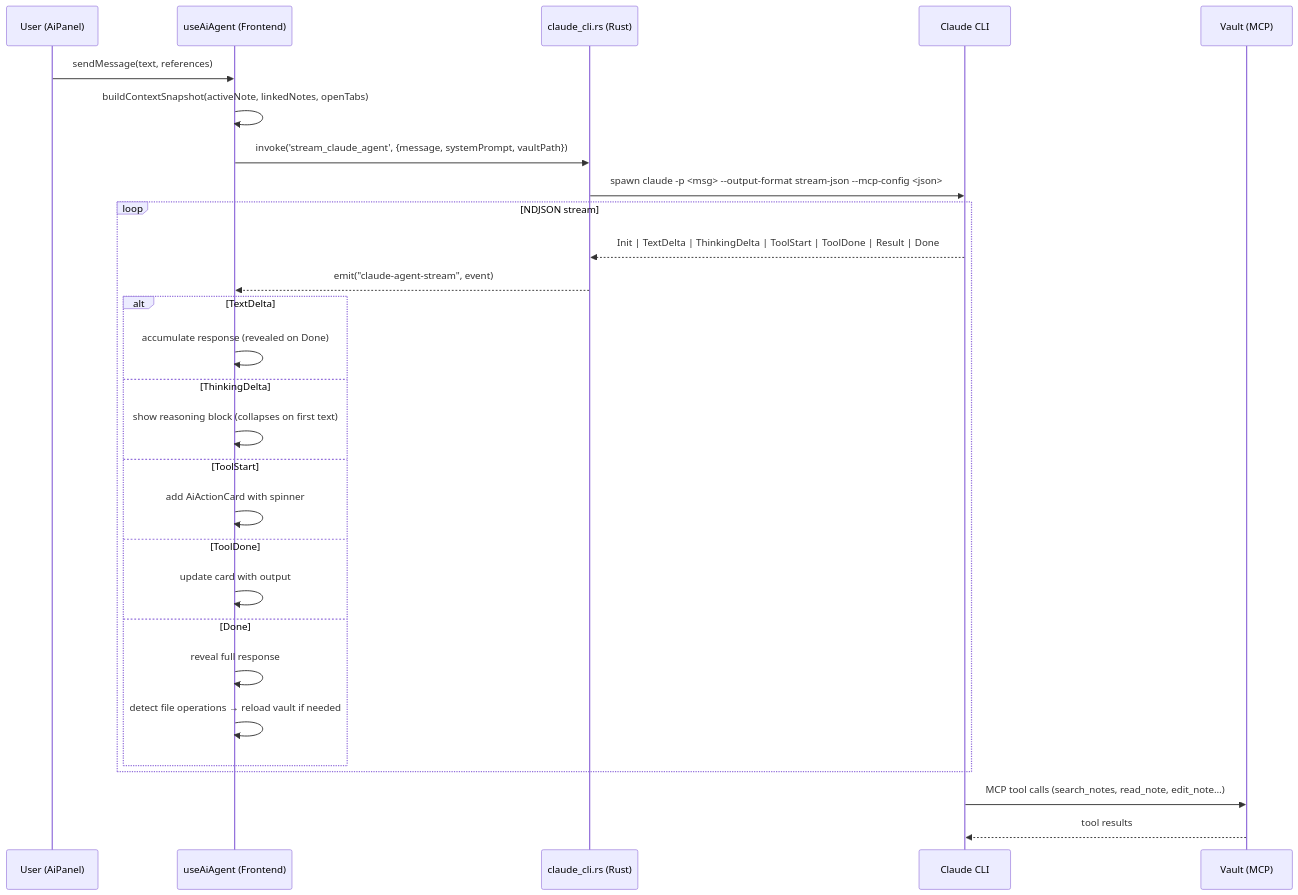
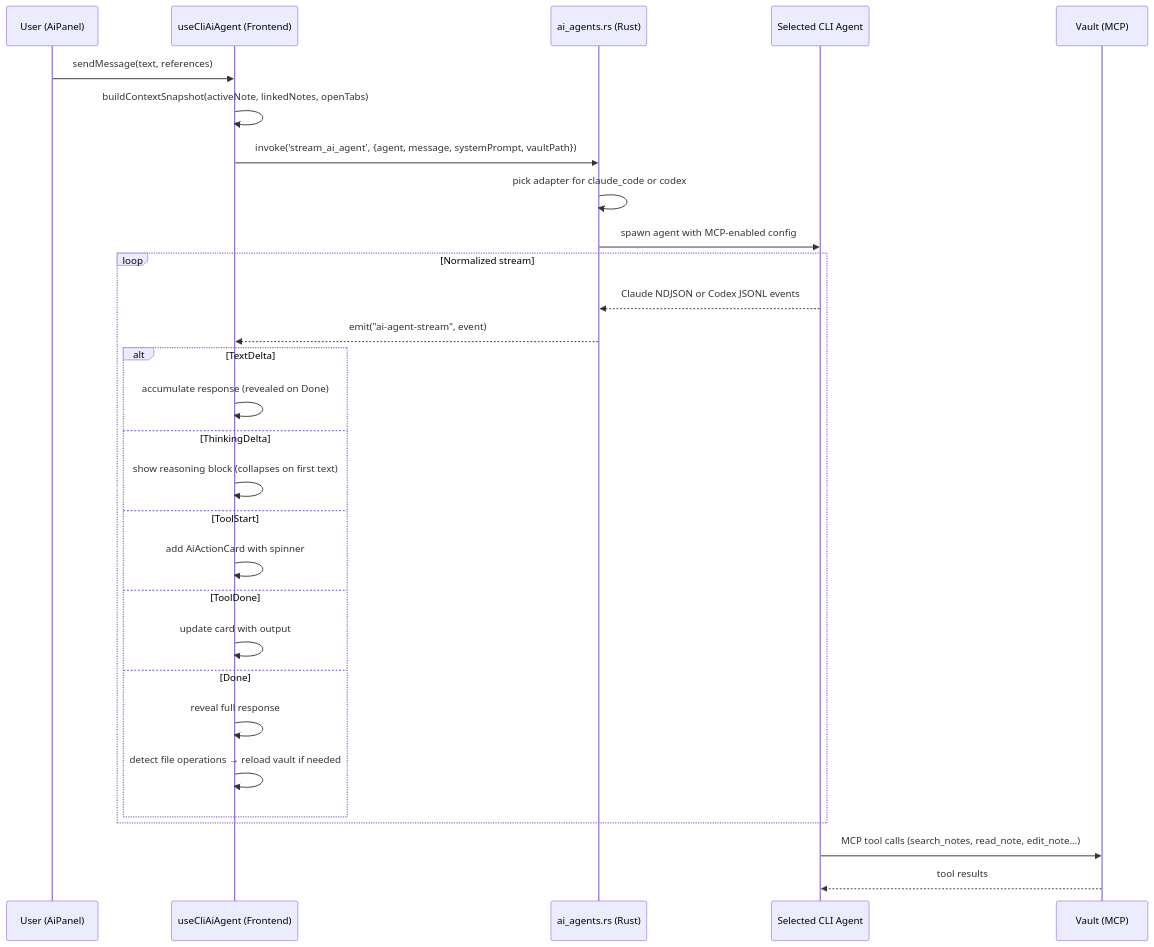
One commit to aimeritething/Fuwa changed the third of 10 diagrams in docs/ARCHITECTURE.md. Above: the diagram before and after it, drawn with Mermaid. The commit also changed other lines of this file and 44 other files, not shown here.

Commit message:
feat: support selectable cli ai agents

````diff
--- a/docs/ARCHITECTURE.md
+++ b/docs/ARCHITECTURE.md
@@ -215,33 +216,34 @@
 ```mermaid
 sequenceDiagram
     participant U as User (AiPanel)
-    participant FE as useAiAgent (Frontend)
-    participant R as claude_cli.rs (Rust)
-    participant C as Claude CLI
+    participant FE as useCliAiAgent (Frontend)
+    participant R as ai_agents.rs (Rust)
+    participant C as Selected CLI Agent
     participant V as Vault (MCP)
 
     U->>FE: sendMessage(text, references)
     FE->>FE: buildContextSnapshot(activeNote, linkedNotes, openTabs)
-    FE->>R: invoke('stream_claude_agent', {message, systemPrompt, vaultPath})
-    R->>C: spawn claude -p <msg> --output-format stream-json --mcp-config <json>
+    FE->>R: invoke('stream_ai_agent', {agent, message, systemPrompt, vaultPath})
+    R->>R: pick adapter for claude_code or codex
+    R->>C: spawn agent with MCP-enabled config
 
-    loop NDJSON stream
-        C-->>R: Init | TextDelta | ThinkingDelta | ToolStart | ToolDone | Result | Done
-        R-->>FE: emit("claude-agent-stream", event)
+    loop Normalized stream
+        C-->>R: Claude NDJSON or Codex JSONL events
+        R-->>FE: emit("ai-agent-stream", event)
         alt TextDelta
             FE->>FE: accumulate response (revealed on Done)
         else ThinkingDelta
             FE->>FE: show reasoning block (collapses on first text)
         else ToolStart
             FE->>FE: add AiActionCard with spinner
         else ToolDone
             FE->>FE: update card with output
         else Done
             FE->>FE: reveal full response
             FE->>FE: detect file operations → reload vault if needed
         end
     end
 
     C->>V: MCP tool calls (search_notes, read_note, edit_note…)
     V-->>C: tool results
 ```
````
